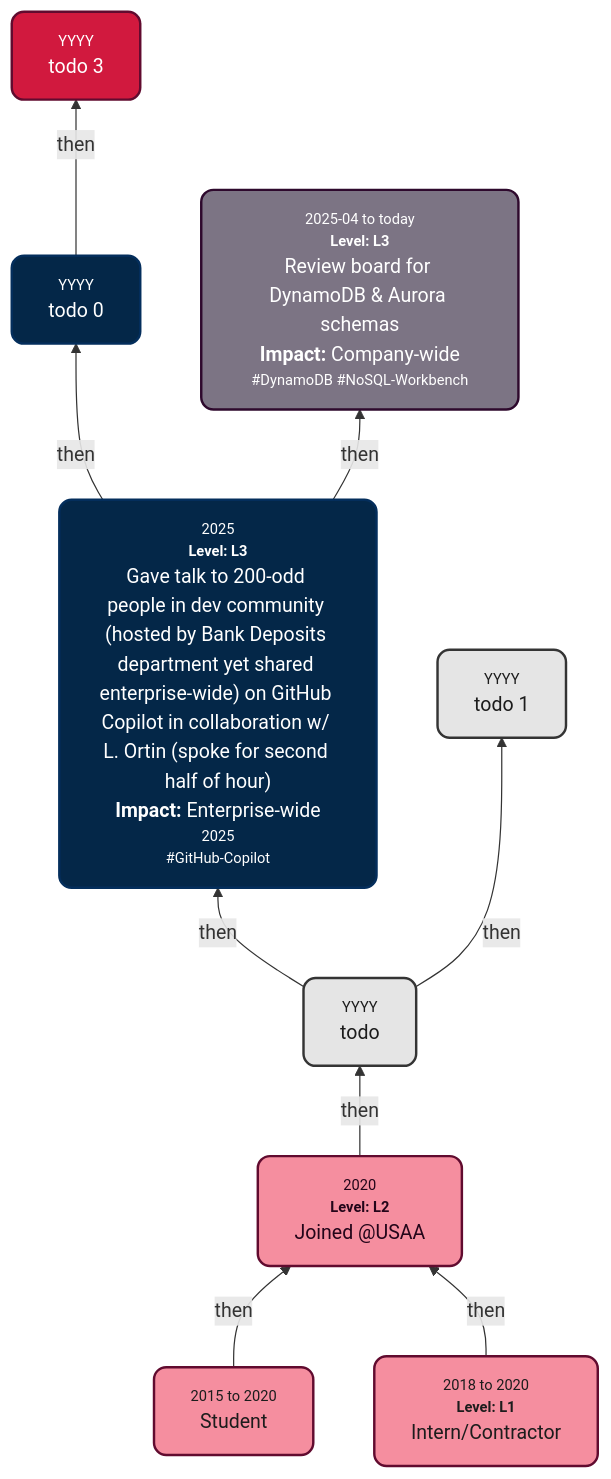
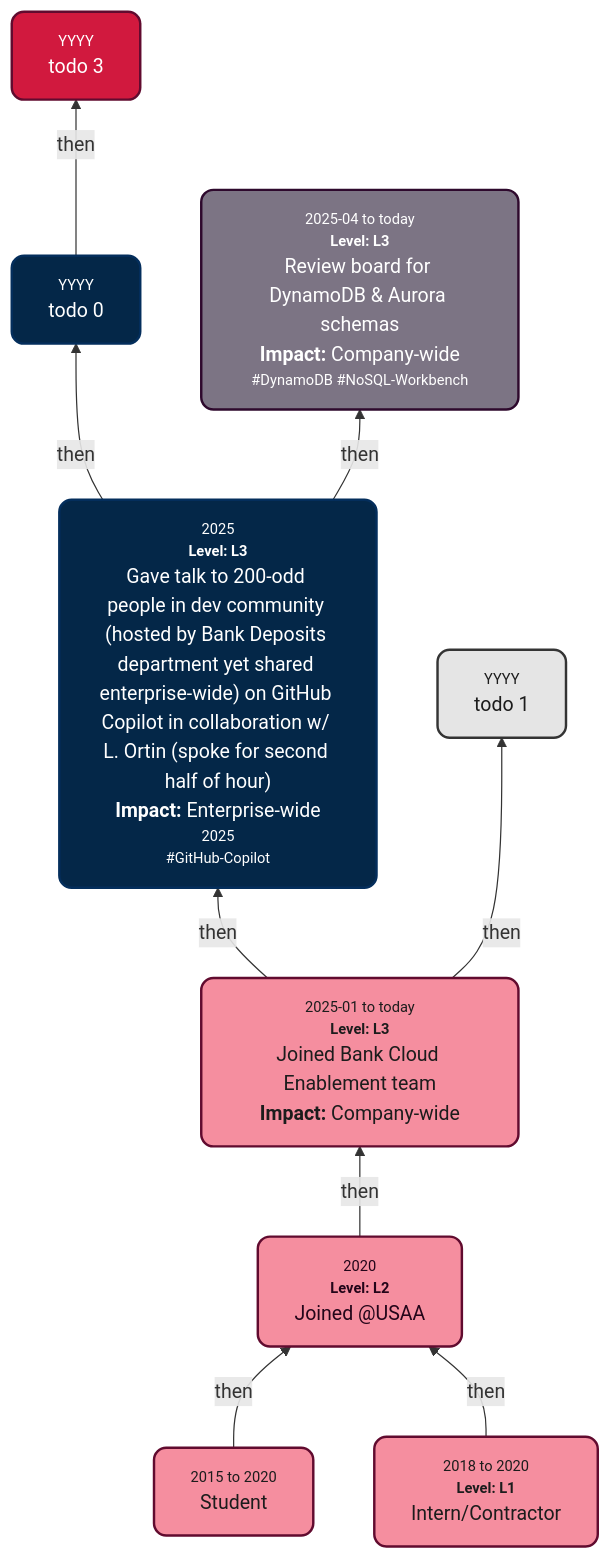
The diagram in README.md (s-sepanski/portfolio), drawn with Mermaid before and after one commit. The commit also changed 1 other file, not shown here.

Commit message:
task: new node

````diff
--- a/README.md
+++ b/README.md
@@ -37,22 +37,22 @@
 ```mermaid
 graph BT
     PreStudentNode["<div style='font-size:75%;  color:#848484; text-align:center;'>2015 to 2020</div>Student"] -->|then| A["<div style='font-size:75%; color:#848484; text-align:center;'>2020</div><div style='font-size:75%; color:#848484; text-align:center;'><b>Level: L2</b><br/></div>Joined @USAA<br>"]
     ContractorNode["<div style='font-size:75%; color:#848484; text-align:center;'>2018 to 2020</div><div style='font-size:75%; color:#848484; text-align:center;'><b>Level: L1</b></div>Intern/Contractor"] -->|then| A
-    A -->|then| B["<div style='font-size:75%; color:#848484; text-align:center;'>YYYY</div>todo"]
+    A -->|then| B["<div style='font-size:75%; color:#848484; text-align:center;'>2025-01 to today</div><div style='font-size:75%; color:#848484; text-align:center;'><b>Level: L3</b><br/></div>Joined Bank Cloud Enablement team<br/><b>Impact: </b>Company-wide"]
     B -->|then| C["<div style='font-size:75%; color:#848484; text-align:center;'>2025</div><div style='font-size:75%; color:#848484; text-align:center;'><b>Level: L3</b><br/></div>Gave talk to 200-odd people in dev community (hosted by Bank Deposits department yet shared enterprise-wide) on GitHub Copilot in collaboration w/ L. Ortin (spoke for second half of hour)<br/><b>Impact: </b>Enterprise-wide<div style='font-size:75%; color:#848484; text-align:center;'>2025</div><div style='font-size:75%; color:#848484; text-align:center;'>#GitHub-Copilot<br/></div>"]
     C -->|then| D["<div style='font-size:75%; color:#848484; text-align:center;'>YYYY</div>todo 0"]
     B -->|then| E["<div style='font-size:75%; color:#848484; text-align:center;'>YYYY</div>todo 1"]
     C -->|then| F["<div style='font-size:75%; color:#848484; text-align:center;'>2025-04 to today</div><div style='font-size:75%; color:#848484; text-align:center;'><b>Level: L3</b><br/></div>Review board for DynamoDB & Aurora schemas<br/><b>Impact: </b>Company-wide<div style='font-size:75%; color:#848484; text-align:center;'>#DynamoDB #NoSQL-Workbench<br/></div>"]
     D -->|then| G["<div style='font-size:75%; color:#848484; text-align:center;'>YYYY</div>todo 3"]
     style PreStudentNode fill:#f58e9f,stroke:#610b2f,stroke-width:2px,color:#1c1c1c
     style ContractorNode fill:#f58e9f,stroke:#610b2f,stroke-width:2px,color:#1c1c1c
     style A fill:#f58e9f,stroke:#610b2f,stroke-width:2px,color:#230519
-    style B fill:#e5e5e5,stroke:#343434,stroke-width:2px,color:#1c1c1c
+    style B fill:#f58e9f,stroke:#610b2f,stroke-width:2px,color:#1c1c1c
     style C fill:#042748,stroke:#042e5c,stroke-width:2px,color:#FFFFFF
     style D fill:#042748,stroke:#042e5c,stroke-width:2px,color:#FFFFFF
     style E fill:#e5e5e5,stroke:#343434,stroke-width:2px,color:#1c1c1c
     style F fill:#7c7484,stroke:#2e092d,stroke-width:2px,color:#FFFFFF
     style G fill:#d1193e,stroke:#610b2f,stroke-width:2px,color:#FFFFFF
     classDef rounded stroke-width:2px,rx:10,ry:10;
     class PreStudentNode,ContractorNode,A,B,C,D,E,F,G rounded;
 ```
````
